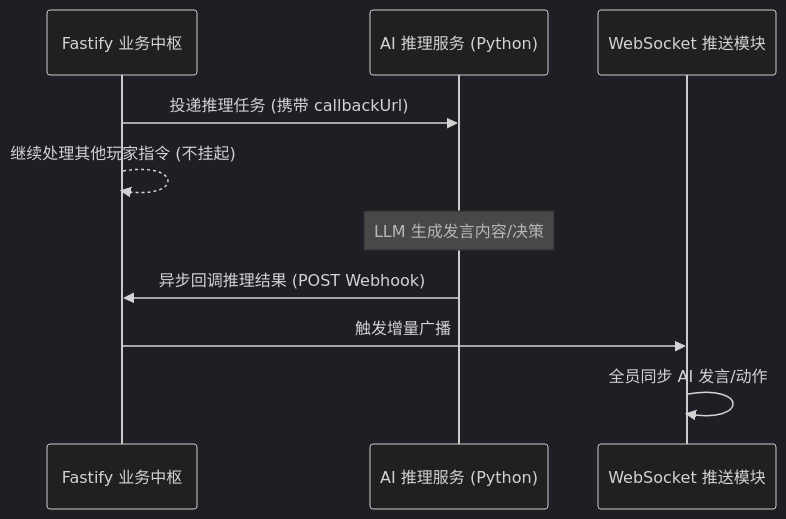
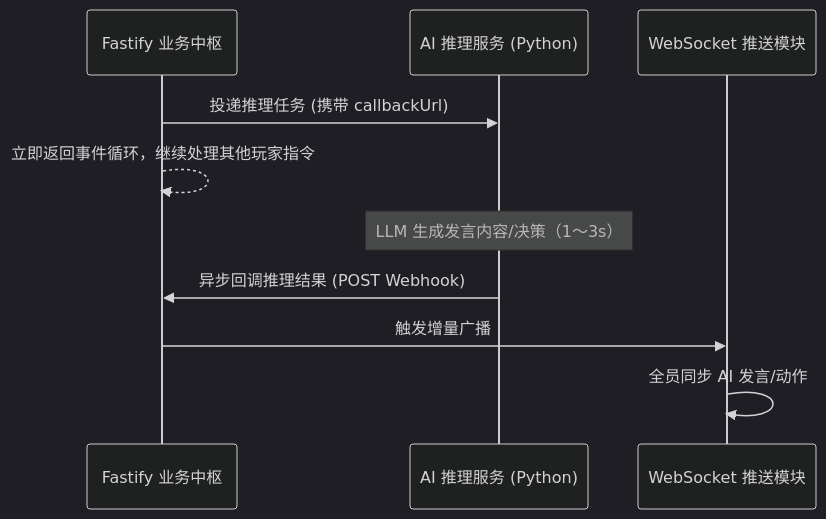
One commit to SPM-PSP/SPM26-1 changed the seventh of 7 diagrams in 技术文档/SDD系统设计文档.md. Above: the diagram before and after it, drawn with Mermaid (dark theme). The commit also changed other lines of this file, not shown here.

````diff
--- a/技术文档/SDD系统设计文档.md
+++ b/技术文档/SDD系统设计文档.md
@@ -1524,13 +1531,13 @@
 ```mermaid
 sequenceDiagram
     participant B as Fastify 业务中枢
     participant A as AI 推理服务 (Python)
     participant W as WebSocket 推送模块
 
     B->>A: 投递推理任务 (携带 callbackUrl)
-    B-->>B: 继续处理其他玩家指令 (不挂起)
-    Note over A: LLM 生成发言内容/决策
+    B-->>B: 立即返回事件循环，继续处理其他玩家指令
+    Note over A: LLM 生成发言内容/决策（1～3s）
     A->>B: 异步回调推理结果 (POST Webhook)
     B->>W: 触发增量广播
     W->>W: 全员同步 AI 发言/动作
 ```
````
